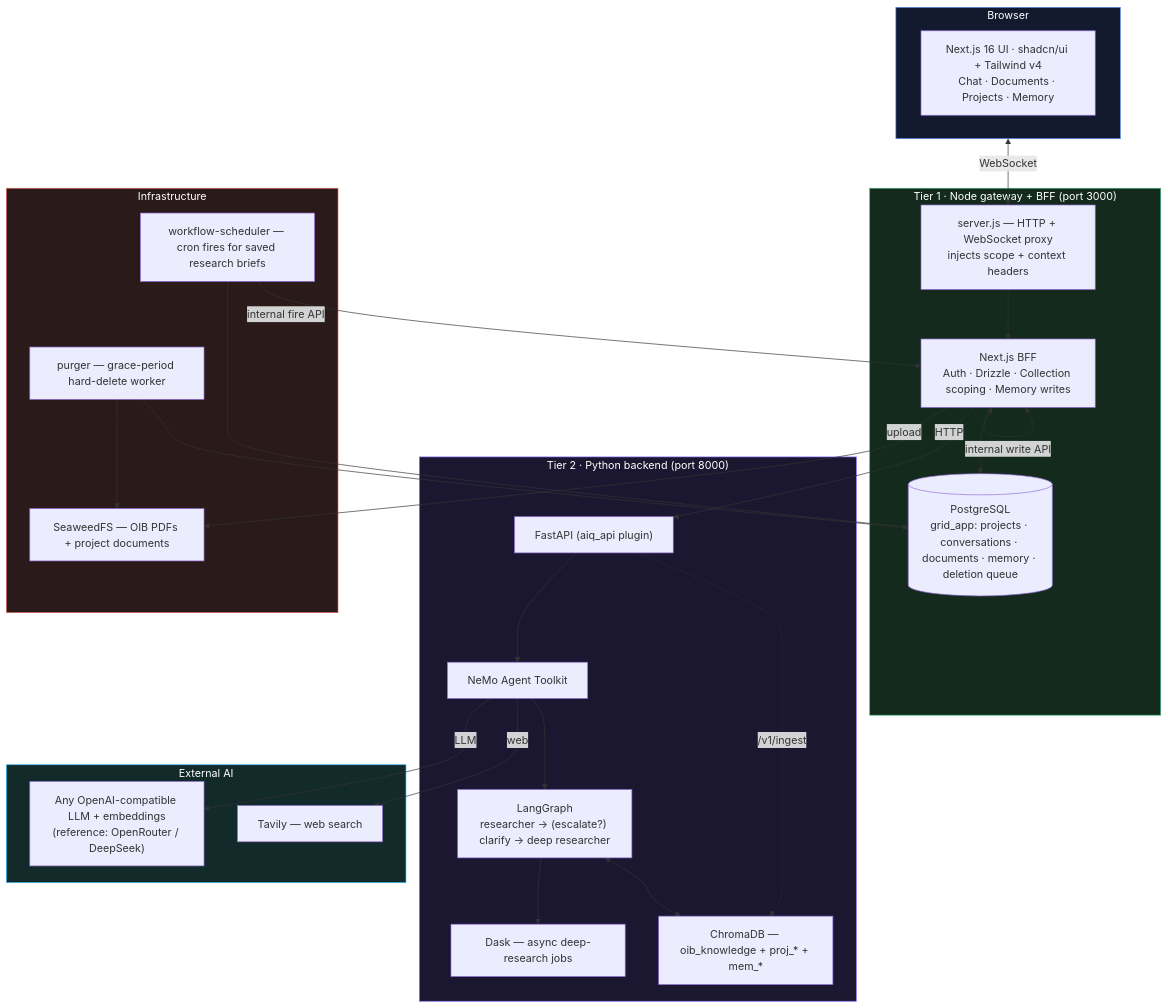
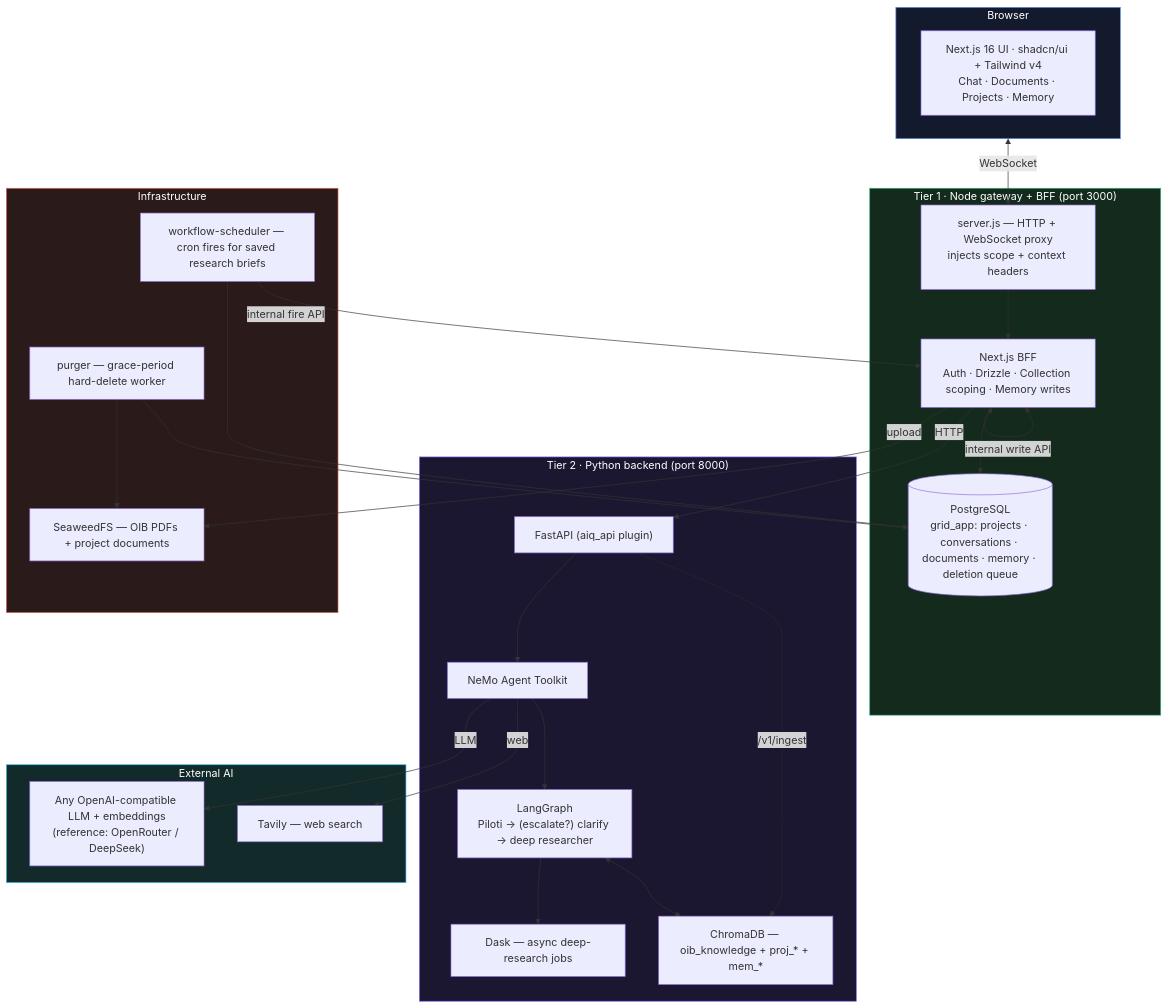
The diagram in README.md (GRID-check/grid-oib-agent), drawn with Mermaid before and after one commit. The commit also changed other lines of this file and 141 other files, not shown here.

First line of the commit message:
refactor(agents): the chat agent's package is piloti, not researcher

````diff
--- a/README.md
+++ b/README.md
@@ -46,53 +46,53 @@
 ```mermaid
 flowchart TB
     subgraph Browser["Browser"]
         UI["Next.js 16 UI · shadcn/ui + Tailwind v4<br/>Chat · Documents · Projects · Memory"]
     end
 
     subgraph Gateway["Tier 1 · Node gateway + BFF (port 3000)"]
         GW["server.js — HTTP + WebSocket proxy<br/>injects scope + context headers"]
         BFF["Next.js BFF<br/>Auth · Drizzle · Collection scoping · Memory writes"]
         DB[(PostgreSQL<br/>grid_app: projects · conversations · documents · memory · deletion queue)]
     end
 
     subgraph Backend["Tier 2 · Python backend (port 8000)"]
         FAST["FastAPI (aiq_api plugin)"]
         NAT["NeMo Agent Toolkit"]
-        LG["LangGraph<br/>researcher → (escalate?) clarify → deep researcher"]
+        LG["LangGraph<br/>Piloti → (escalate?) clarify → deep researcher"]
         DASK["Dask — async deep-research jobs"]
         CHROMA["ChromaDB — oib_knowledge + proj_* + mem_*"]
     end
 
     subgraph Storage["Infrastructure"]
         SEAWEED["SeaweedFS — OIB PDFs + project documents"]
         PURGER["purger — grace-period hard-delete worker"]
         WFS["workflow-scheduler — cron fires for saved research briefs"]
     end
 
     subgraph External["External AI"]
         OR["Any OpenAI-compatible LLM + embeddings<br/>(reference: OpenRouter / DeepSeek)"]
         TAVILY["Tavily — web search"]
     end
 
     Browser <-->|WebSocket| GW
     GW --> BFF
     BFF <--> DB
     BFF -->|HTTP| FAST
     BFF -->|internal write API| BFF
     FAST --> NAT --> LG --> DASK
     LG <--> CHROMA
     BFF -->|upload| SEAWEED
     FAST -.->|/v1/ingest| CHROMA
     PURGER --> DB
     PURGER --> SEAWEED
     WFS --> DB
     WFS -->|internal fire API| BFF
     NAT -->|LLM| OR
     NAT -->|web| TAVILY
 
     style Browser fill:#141a2e,stroke:#5b8def,color:#fff
     style Gateway fill:#132a1d,stroke:#3fb27f,color:#fff
     style Backend fill:#1b1730,stroke:#8a6cff,color:#fff
     style Storage fill:#2a1a1a,stroke:#e0685b,color:#fff
     style External fill:#132a2a,stroke:#38bdf8,color:#fff
 ```
````
